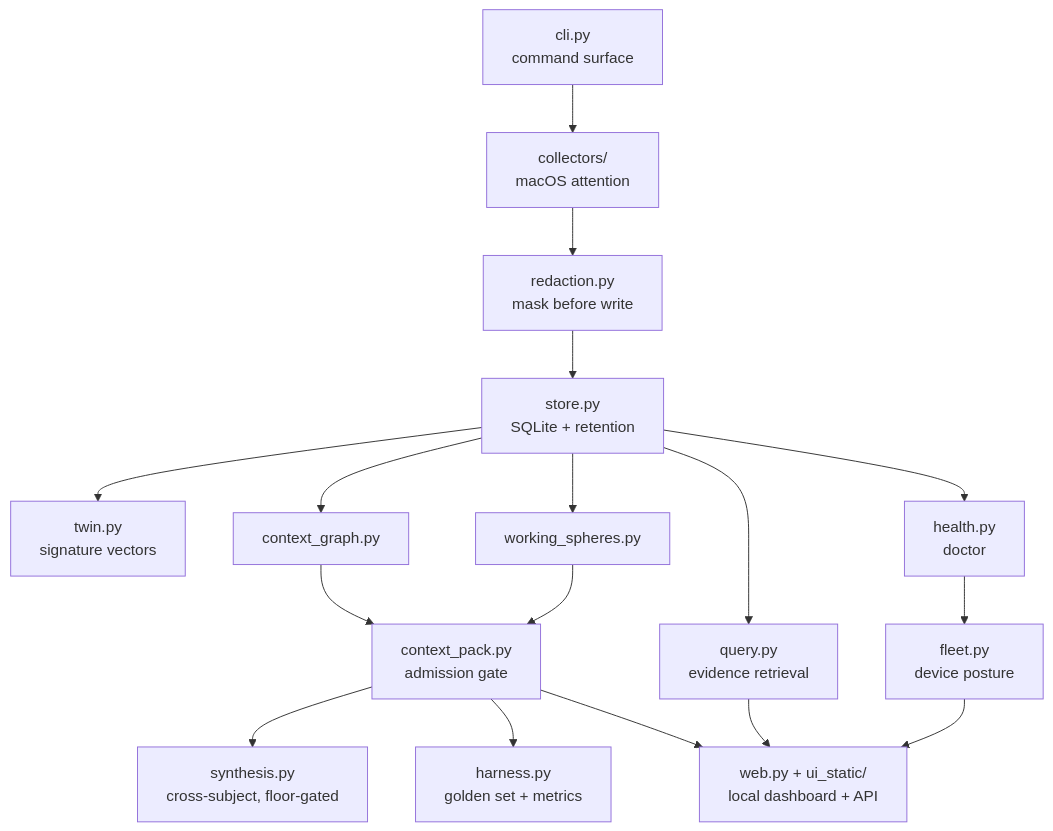
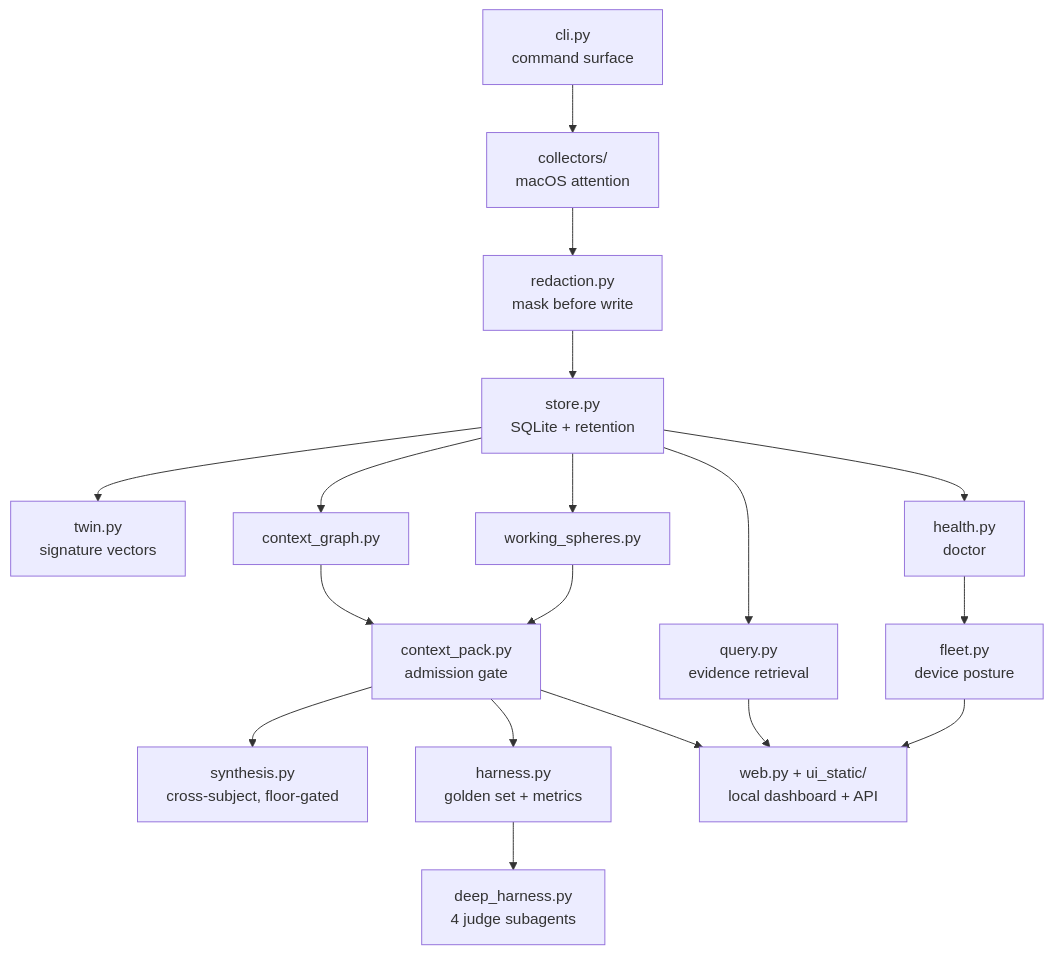
One commit to gagans23/digital-twin-sensor changed the fifth of 5 diagrams in README.md. Above: the diagram before and after it, drawn with Mermaid. The commit also changed other lines of this file and 5 other files, not shown here.

First line of the commit message:
Add deep-agent judgement harness as an optional extra

````diff
--- a/README.md
+++ b/README.md
@@ -393,19 +412,20 @@
 ```mermaid
 flowchart TB
   cli["cli.py<br/>command surface"] --> collectors["collectors/<br/>macOS attention"]
   collectors --> redaction["redaction.py<br/>mask before write"]
   redaction --> store["store.py<br/>SQLite + retention"]
   store --> twin["twin.py<br/>signature vectors"]
   store --> cgraph["context_graph.py"]
   store --> spheres["working_spheres.py"]
   cgraph --> pack["context_pack.py<br/>admission gate"]
   spheres --> pack
   store --> query["query.py<br/>evidence retrieval"]
   store --> health["health.py<br/>doctor"]
   health --> fleet["fleet.py<br/>device posture"]
   pack --> synth["synthesis.py<br/>cross-subject, floor-gated"]
   pack --> harness["harness.py<br/>golden set + metrics"]
+  harness --> deep["deep_harness.py<br/>4 judge subagents"]
   pack --> web["web.py + ui_static/<br/>local dashboard + API"]
   query --> web
   fleet --> web
 ```
````
